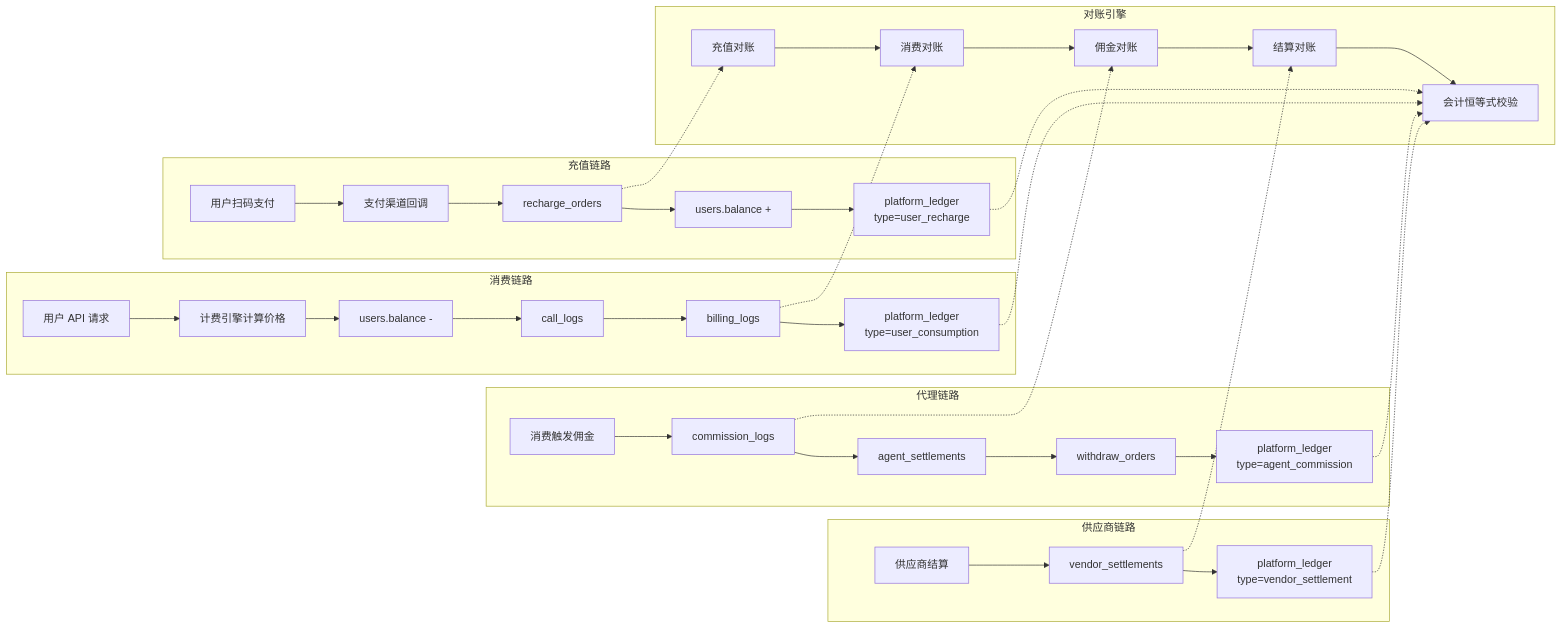
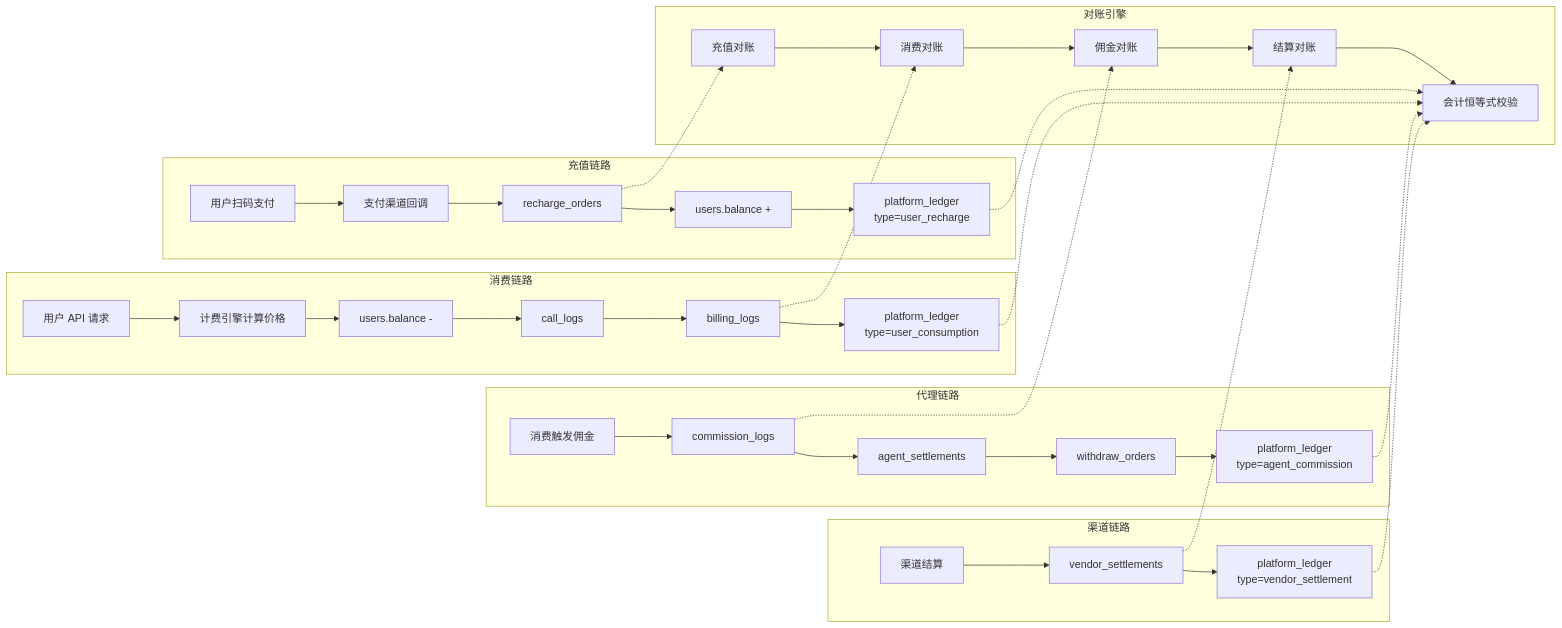
The diagram in docs/ops-manual.md (k19008800/3c), drawn with Mermaid before and after one commit. The commit also changed other lines of this file and 616 other files, not shown here.

````diff
--- a/docs/ops-manual.md
+++ b/docs/ops-manual.md
@@ -550,49 +550,49 @@
 ```mermaid
 flowchart LR
     subgraph 充值链路
         A1[用户扫码支付] --> A2[支付渠道回调]
         A2 --> A3[recharge_orders]
         A3 --> A4[users.balance +]
         A4 --> A5[platform_ledger
         type=user_recharge]
     end
 
     subgraph 消费链路
         B1[用户 API 请求] --> B2[计费引擎计算价格]
         B2 --> B3[users.balance -]
         B3 --> B4[call_logs]
         B4 --> B5[billing_logs]
         B5 --> B6[platform_ledger
         type=user_consumption]
     end
 
     subgraph 代理链路
         C1[消费触发佣金] --> C2[commission_logs]
         C2 --> C3[agent_settlements]
         C3 --> C4[withdraw_orders]
         C4 --> C5[platform_ledger
         type=agent_commission]
     end
 
-    subgraph 供应商链路
-        D1[供应商结算] --> D2[vendor_settlements]
+    subgraph 渠道链路
+        D1[渠道结算] --> D2[vendor_settlements]
         D2 --> D3[platform_ledger
         type=vendor_settlement]
     end
 
     subgraph 对账引擎
         E1[充值对账] --> E2[消费对账]
         E2 --> E3[佣金对账]
         E3 --> E4[结算对账]
         E4 --> E5[会计恒等式校验]
     end
 
     A3 -.-> E1
     B5 -.-> E2
     C2 -.-> E3
     D2 -.-> E4
     A5 -.-> E5
     B6 -.-> E5
     C5 -.-> E5
     D3 -.-> E5
 ```
````
